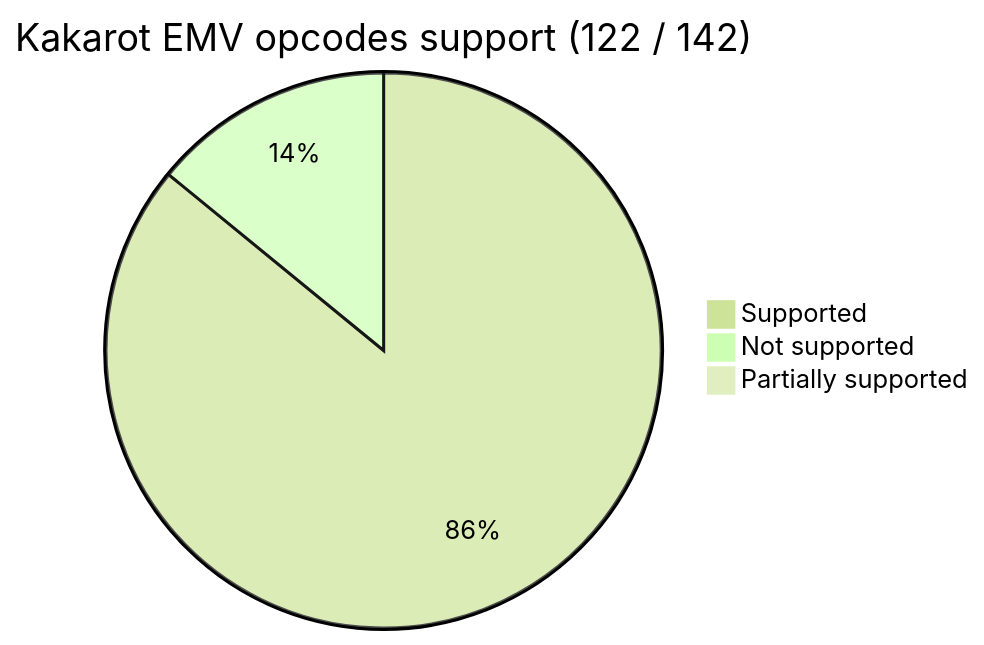
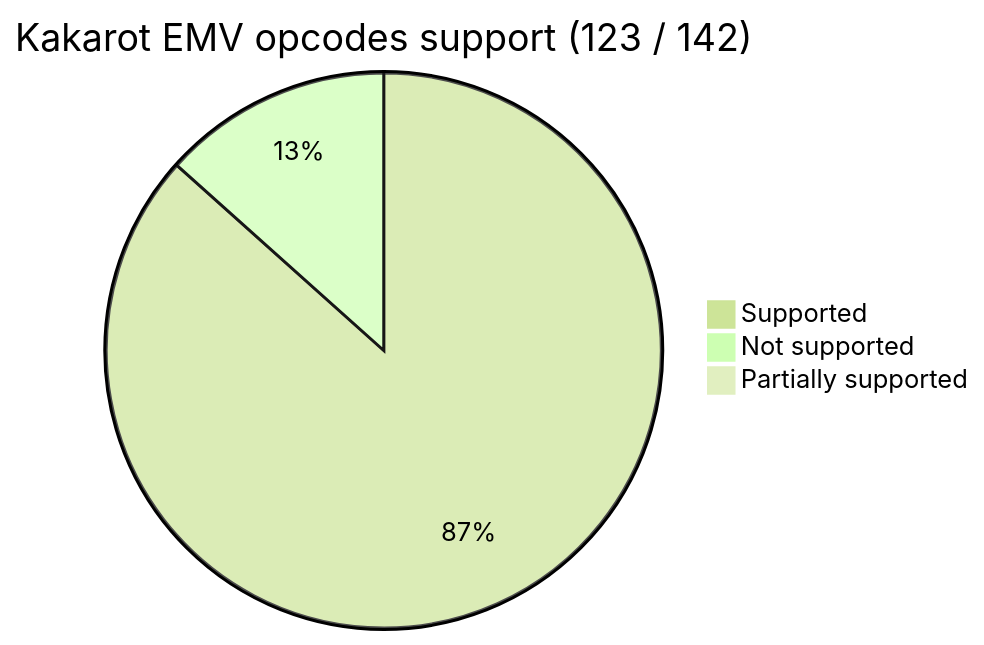
The first of 2 diagrams in README.md (kkrt-labs/kakarot), drawn with Mermaid before and after one commit. The commit also changed 1 other file, not shown here.

Commit message:
update: README and supported_opcodes

````diff
--- a/README.md
+++ b/README.md
@@ -38,9 +38,9 @@
 ```mermaid
 %%{init: {'theme': 'forest', 'themeVariables': { 'darkMode': 'false'}}}%%
 
-pie title Kakarot EMV opcodes support (122 / 142)
-    "Supported" : 122
-    "Not supported" : 20
+pie title Kakarot EMV opcodes support (123 / 142)
+    "Supported" : 123
+    "Not supported" : 19
 
     "Partially supported" : 0
 ```
````
